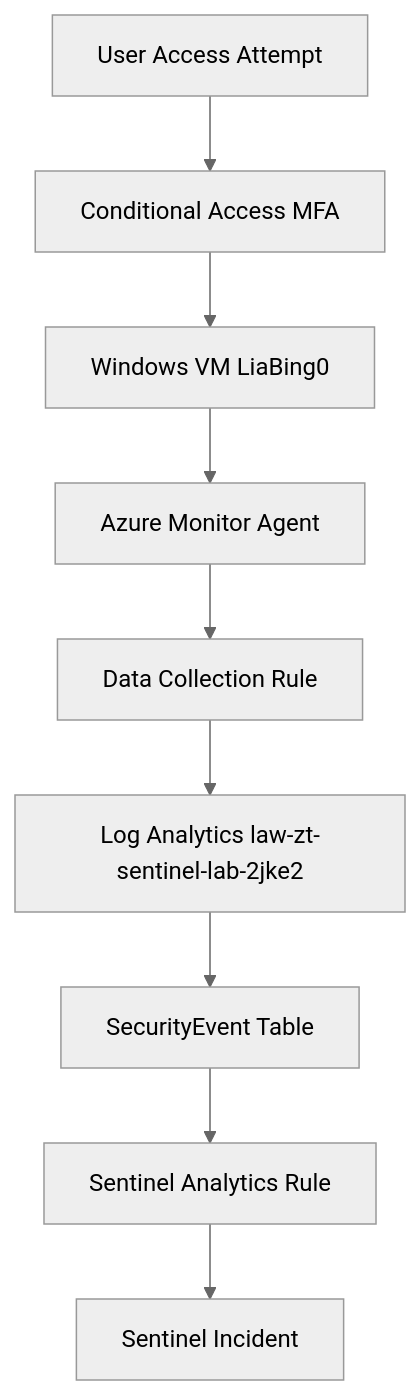
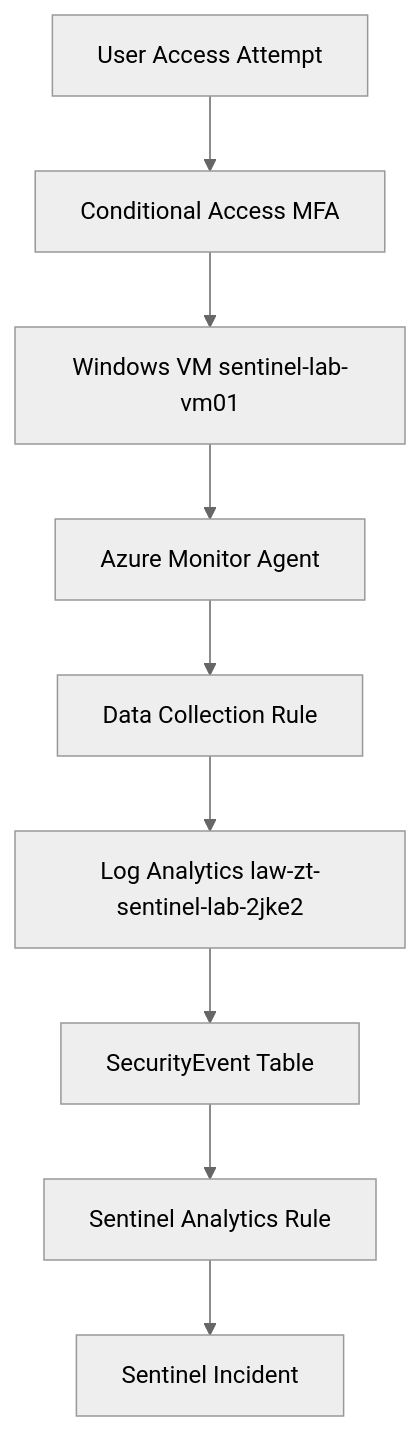
Before and after one commit to Lia-Bing0/azure-defender-sentinel-detection-lab: the diagram in docs/architecture.md, drawn with Mermaid (neutral theme). The commit also changed other lines of this file and 2 other files, not shown here.

````diff
--- a/docs/architecture.md
+++ b/docs/architecture.md
@@ -25,11 +25,11 @@
 ```mermaid
 flowchart TD
     U[User Access Attempt] --> CA[Conditional Access MFA]
-    CA --> VM[Windows VM LiaBing0]
+    CA --> VM[Windows VM sentinel-lab-vm01]
     VM --> AMA[Azure Monitor Agent]
     AMA --> DCR[Data Collection Rule]
     DCR --> LAW[Log Analytics law-zt-sentinel-lab-2jke2]
     LAW --> SE[SecurityEvent Table]
     SE --> AR[Sentinel Analytics Rule]
     AR --> INC[Sentinel Incident]
 ```
````
